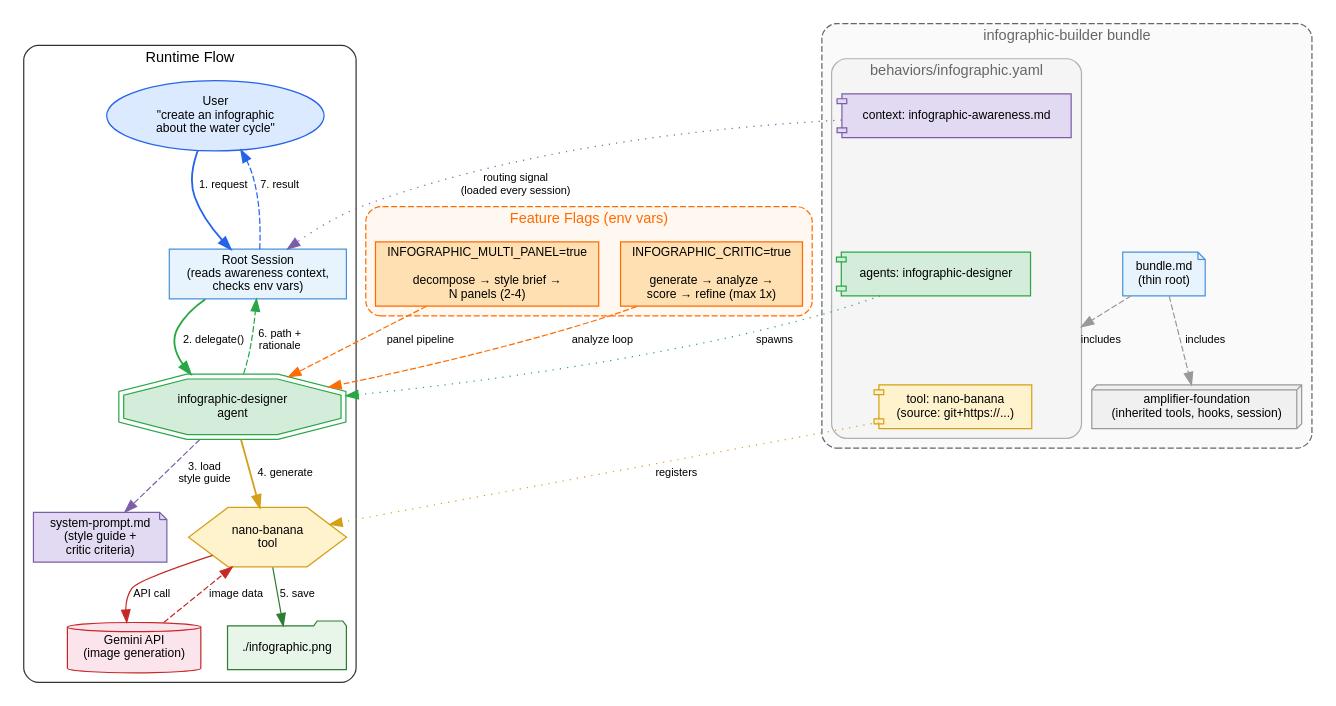
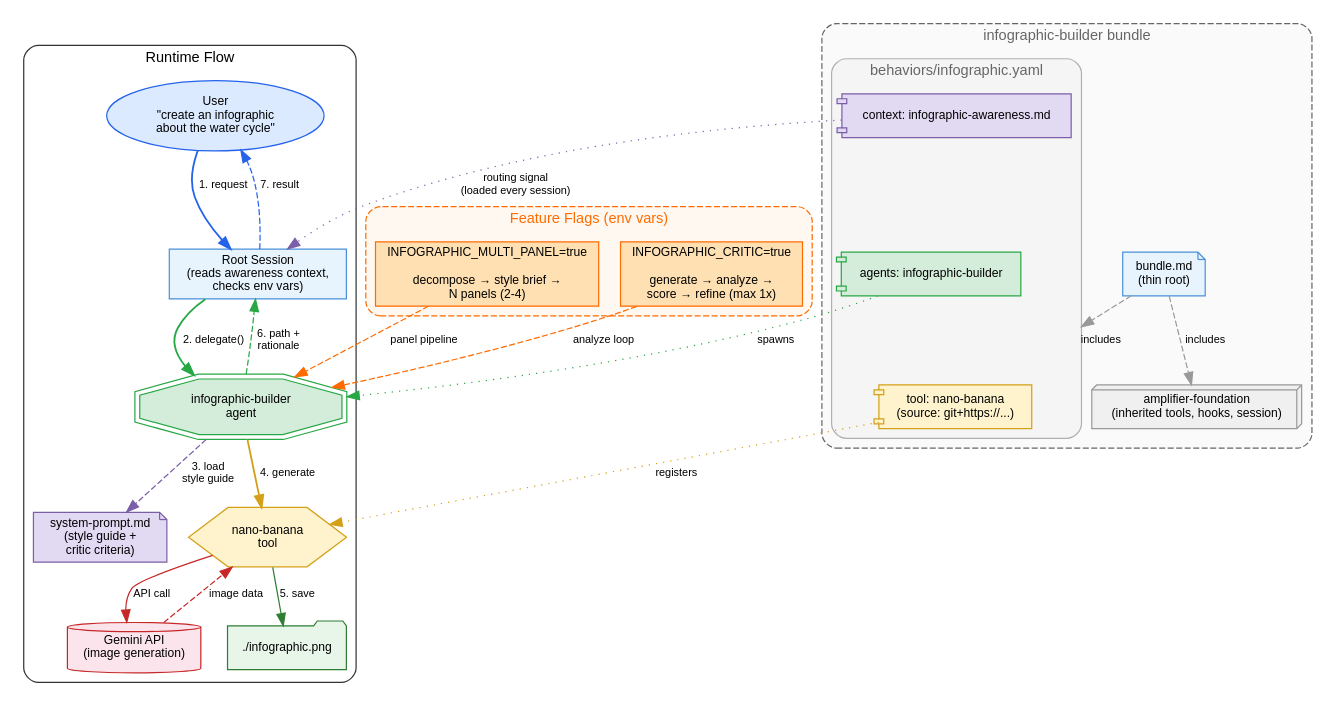
One commit to singh2/infographic-builder changed the diagram in docs/architecture.dot. Above: the diagram before and after it, drawn with Graphviz. The commit also changed 5 other files, not shown here.

Commit message:
rename: infographic-designer agent to infographic-builder

```diff
--- a/docs/architecture.dot
+++ b/docs/architecture.dot
@@ -1,192 +1,192 @@
 digraph infographic_builder {
     rankdir=TB
     fontname="Helvetica"
     fontsize=12
     node [fontname="Helvetica" fontsize=10 style=filled]
     edge [fontname="Helvetica" fontsize=9]
     compound=true
     newrank=true
 
     // ── Bundle Composition ──────────────────────────────────
 
     subgraph cluster_bundle {
         label="infographic-builder bundle"
         style="rounded,dashed"
         color="#666666"
         fontcolor="#666666"
         bgcolor="#fafafa"
 
         bundle_md [
             label="bundle.md\n(thin root)"
             shape=note
             fillcolor="#e8f4fd"
             color="#4a90d9"
         ]
 
         subgraph cluster_behavior {
             label="behaviors/infographic.yaml"
             style="rounded"
             color="#b0b0b0"
             bgcolor="#f5f5f5"
 
             tool_wire [
                 label="tool: nano-banana\n(source: git+https://...)"
                 shape=component
                 fillcolor="#fff3cd"
                 color="#d4a017"
             ]
 
             agent_wire [
-                label="agents: infographic-designer"
+                label="agents: infographic-builder"
                 shape=component
                 fillcolor="#d4edda"
                 color="#28a745"
             ]
 
             context_wire [
                 label="context: infographic-awareness.md"
                 shape=component
                 fillcolor="#e2d9f3"
                 color="#7b5ea7"
             ]
         }
 
         foundation [
             label="amplifier-foundation\n(inherited tools, hooks, session)"
             shape=box3d
             fillcolor="#f0f0f0"
             color="#999999"
         ]
 
         bundle_md -> foundation [label="includes" style=dashed color="#999999"]
         bundle_md -> tool_wire [label="includes" style=dashed color="#999999" lhead=cluster_behavior]
     }
 
     // ── Runtime Components ──────────────────────────────────
 
     subgraph cluster_runtime {
         label="Runtime Flow"
         style="rounded"
         color="#333333"
         bgcolor="#ffffff"
 
         user [
             label="User\n\"create an infographic\nabout the water cycle\""
             shape=oval
             fillcolor="#dbeafe"
             color="#2563eb"
         ]
 
         root_session [
             label="Root Session\n(reads awareness context,\nchecks env vars)"
             shape=box
             fillcolor="#e8f4fd"
             color="#4a90d9"
         ]
 
         agent [
-            label="infographic-designer\nagent"
+            label="infographic-builder\nagent"
             shape=doubleoctagon
             fillcolor="#d4edda"
             color="#28a745"
         ]
 
         style_guide [
             label="system-prompt.md\n(style guide +\ncritic criteria)"
             shape=note
             fillcolor="#e2d9f3"
             color="#7b5ea7"
         ]
 
         nano_banana [
             label="nano-banana\ntool"
             shape=hexagon
             fillcolor="#fff3cd"
             color="#d4a017"
         ]
 
         gemini [
             label="Gemini API\n(image generation)"
             shape=cylinder
             fillcolor="#fce4ec"
             color="#c62828"
         ]
 
         image [
             label="./infographic.png"
             shape=folder
             fillcolor="#e8f5e9"
             color="#2e7d32"
         ]
     }
 
     // ── Main Flow Edges ─────────────────────────────────────
 
     user -> root_session [label="1. request" color="#2563eb" penwidth=1.5]
     root_session -> agent [label="2. delegate()" color="#28a745" penwidth=1.5]
     agent -> style_guide [label="3. load\nstyle guide" style=dashed color="#7b5ea7"]
     agent -> nano_banana [label="4. generate" color="#d4a017" penwidth=1.5]
     nano_banana -> gemini [label="API call" color="#c62828"]
     gemini -> nano_banana [label="image data" color="#c62828" style=dashed]
     nano_banana -> image [label="5. save" color="#2e7d32"]
     agent -> root_session [label="6. path +\nrationale" color="#28a745" style=dashed]
     root_session -> user [label="7. result" color="#2563eb" style=dashed]
 
     // ── Feature Flags ───────────────────────────────────────
 
     subgraph cluster_flags {
         label="Feature Flags (env vars)"
         style="rounded,dashed"
         color="#ff6b00"
         fontcolor="#ff6b00"
         bgcolor="#fff8f0"
 
         critic [
             label="INFOGRAPHIC_CRITIC=true\n\ngenerate → analyze →\nscore → refine (max 1x)"
             shape=box
             fillcolor="#ffe0b2"
             color="#ff6b00"
         ]
 
         multi_panel [
             label="INFOGRAPHIC_MULTI_PANEL=true\n\ndecompose → style brief →\nN panels (2-4)"
             shape=box
             fillcolor="#ffe0b2"
             color="#ff6b00"
         ]
     }
 
     // ── Flag connections ────────────────────────────────────
 
     critic -> agent [
         label="analyze loop"
         style=dashed
         color="#ff6b00"
     ]
 
     multi_panel -> agent [
         label="panel pipeline"
         style=dashed
         color="#ff6b00"
     ]
 
     // ── Wiring connections (bundle → runtime) ───────────────
 
     context_wire -> root_session [
         label="routing signal\n(loaded every session)"
         style=dotted
         color="#7b5ea7"
     ]
 
     agent_wire -> agent [
         label="spawns"
         style=dotted
         color="#28a745"
     ]
 
     tool_wire -> nano_banana [
         label="registers"
         style=dotted
         color="#d4a017"
     ]
 }
```
